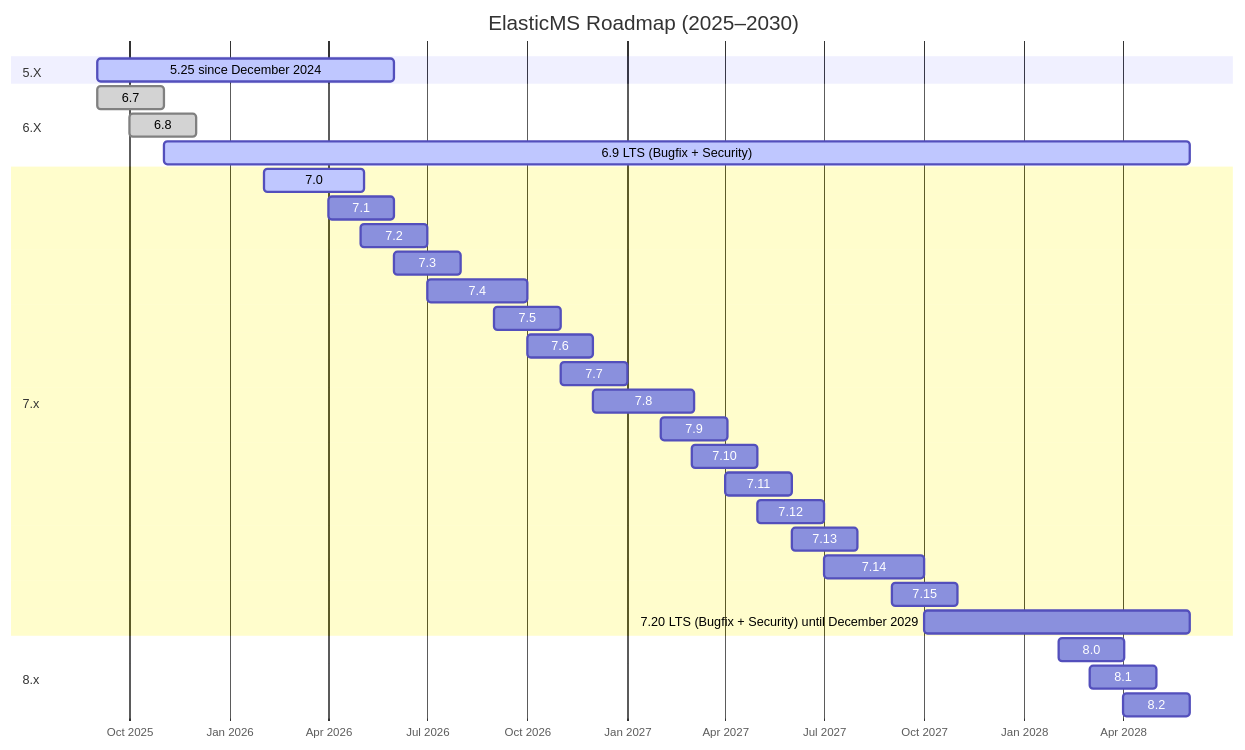
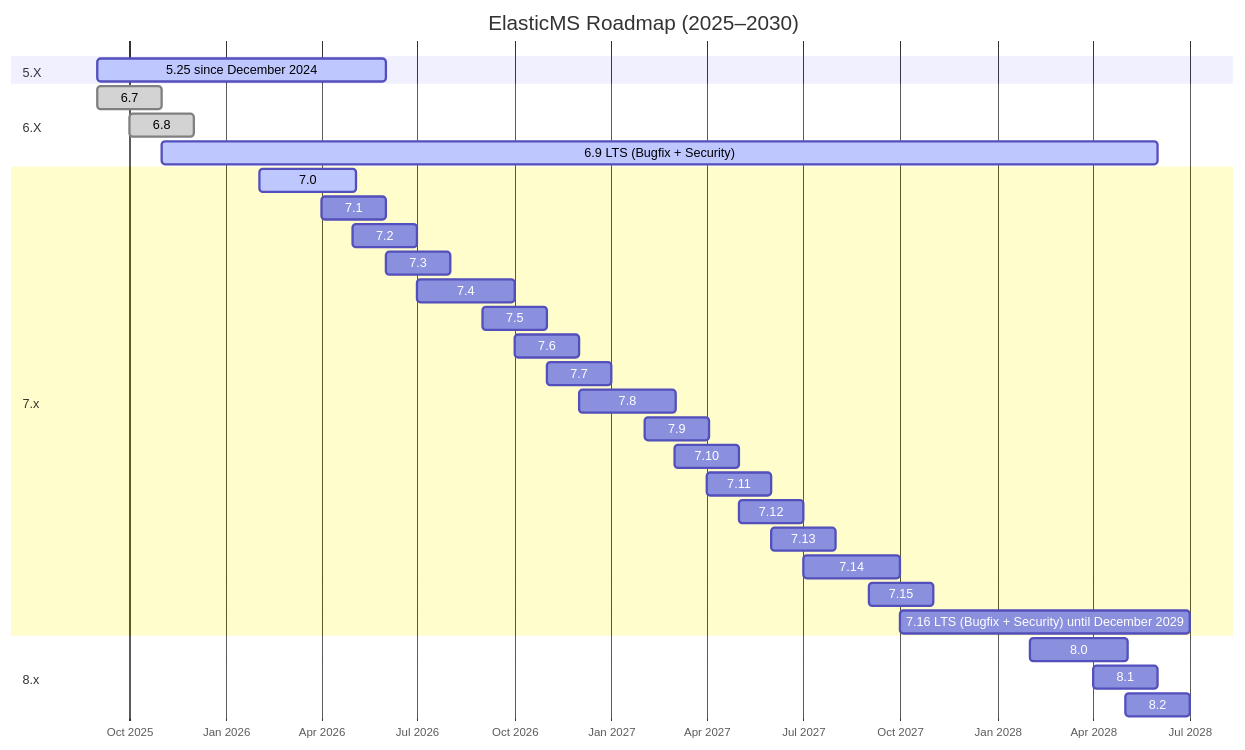
Before and after one commit to ems-project/elasticms: the diagram in docs/src/getting-started/roadmap.md, drawn with Mermaid.

Commit message:
fix: new roadmap

````diff
--- a/docs/src/getting-started/roadmap.md
+++ b/docs/src/getting-started/roadmap.md
@@ -81,38 +81,38 @@
 ```mermaid
 gantt
     title ElasticMS Roadmap (2025–2030)
     dateFormat  YYYY-MM
     axisFormat  %b %Y
 
     section 5.X
     5.25 since December 2024           :active, v525, 2025-09, 2026-06
 
     section 6.X
     6.7                                :done, v76, 2025-09, 61d
     6.8                                :done, v76, 2025-10, 61d
     6.9 LTS (Bugfix + Security)        :active, lts69, 2025-11, 2028-06
 
     section 7.x
     7.0                                :active, v70, 2026-02, 92d
     7.1                                :v71, 2026-04, 61d
     7.2                                :v72, 2026-05, 61d
     7.3                                :v73, 2026-06, 61d
     7.4                                :v74, 2026-07, 92d
     7.5                                :v75, 2026-09, 61d
     7.6                                :v76, 2026-10, 61d
     7.7                                :v77, 2026-11, 61d
     7.8                                :v78, 2026-12, 92d
     7.9                                :v79, 2027-02, 61d
     7.10                               :v710, 2027-03, 61d
     7.11                               :v711, 2027-04, 61d
     7.12                               :v712, 2027-05, 61d
     7.13                               :v713, 2027-06, 61d
     7.14                               :v714, 2027-07, 92d
     7.15                               :v715, 2027-09, 61d
-    7.20 LTS (Bugfix + Security) until December 2029        :lts720, 2027-10, 2028-06
+    7.16 LTS (Bugfix + Security) until December 2029        :lts716, 2027-10, 2028-07
 
     section 8.x
-    8.0                                :major, 2028-02, 61d
-    8.1                                :v81, 2028-03, 61d
-    8.2                                :v82, 2028-04, 61d
+    8.0                                :major, 2028-02, 92d
+    8.1                                :v81, 2028-04, 61d
+    8.2                                :v82, 2028-05, 61d
 ```
````
